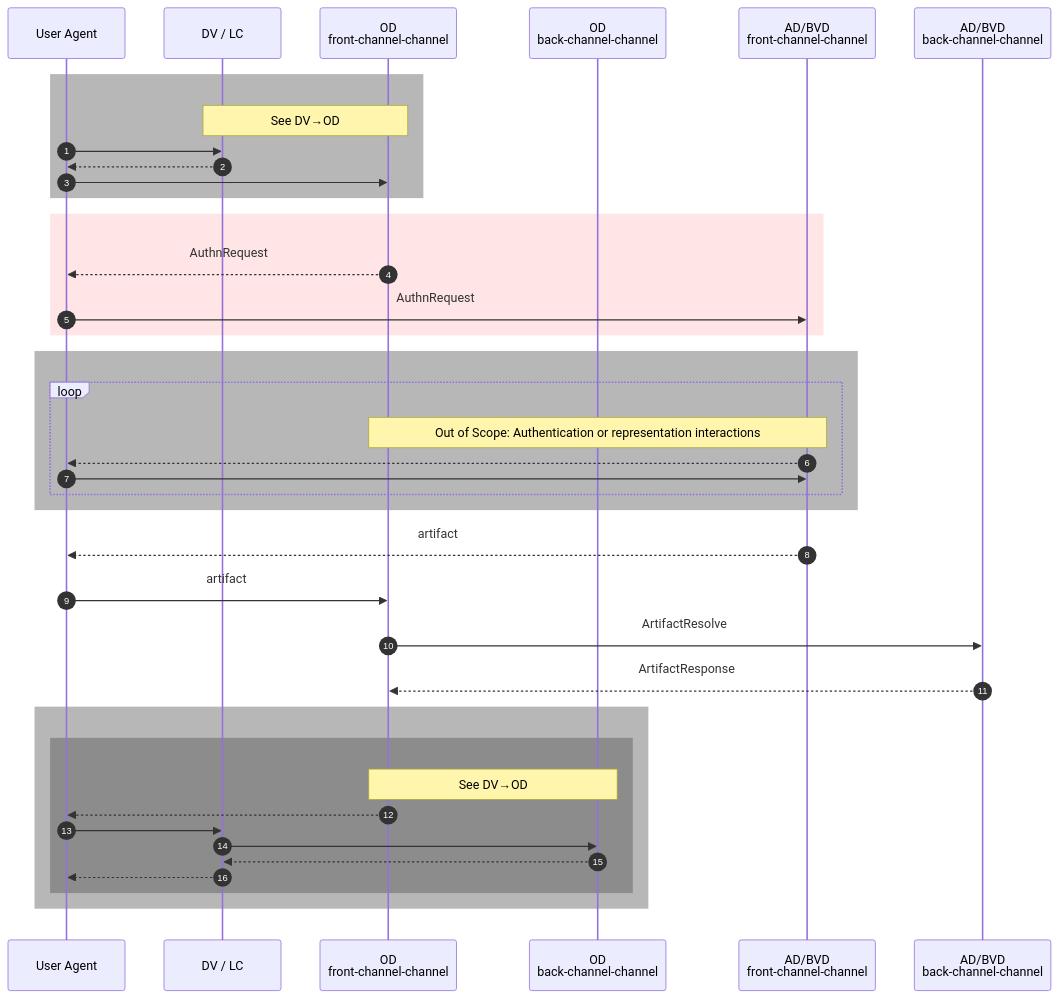
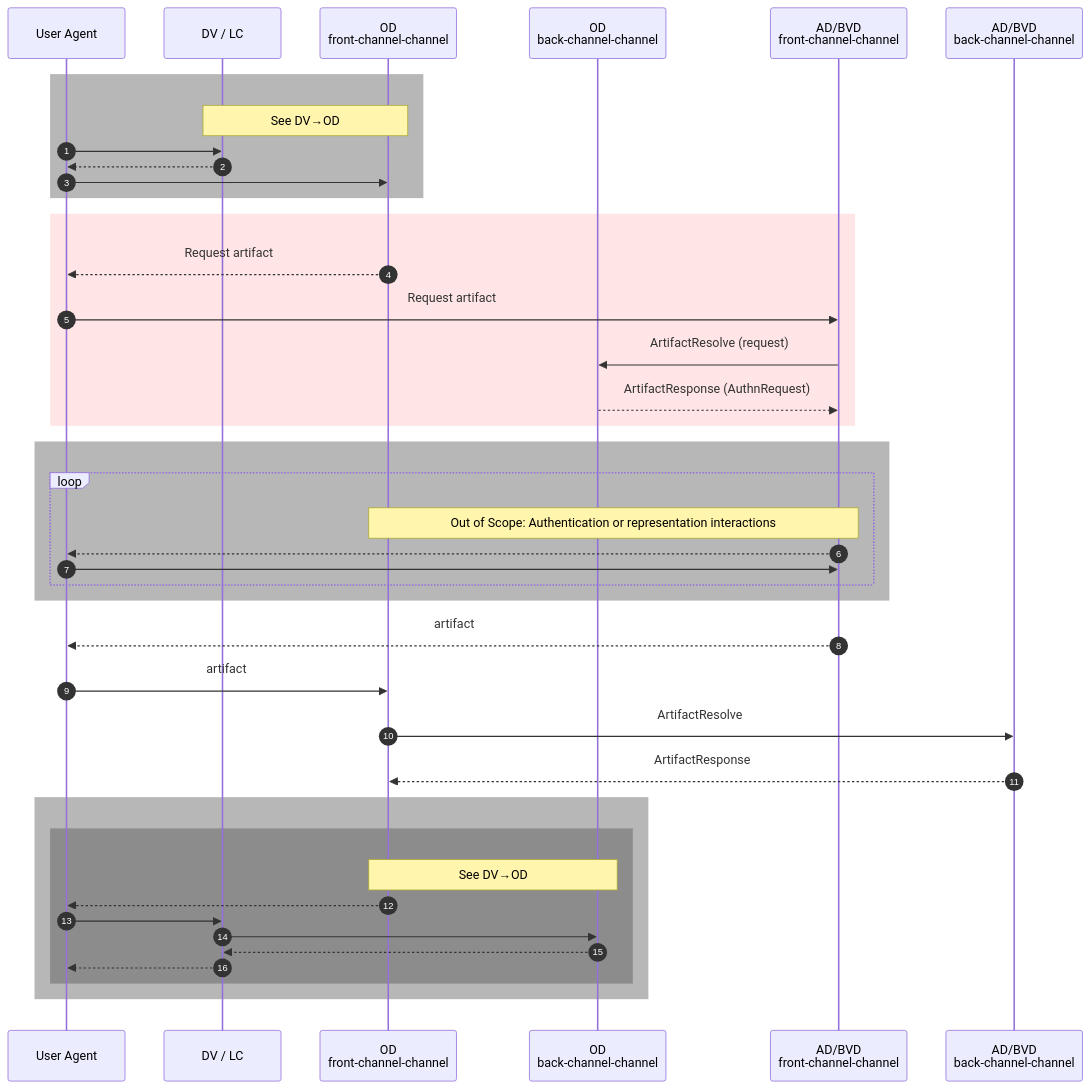
The diagram in media/saml-authentication-flow-rd-ad-bvd-authn-request.mermaid (Logius-standaarden/st-saml-spec), drawn with Mermaid before and after one commit. The commit also changed 27 other files, not shown here.

```diff
--- a/media/saml-authentication-flow-rd-ad-bvd-authn-request.mermaid
+++ b/media/saml-authentication-flow-rd-ad-bvd-authn-request.mermaid
@@ -1,43 +1,47 @@
 %%{init: {
     "themeVariables": {"fontSize": "24px"},
     "sequence": {"boxMargin": 20}
 }}%%
 sequenceDiagram
 autonumber
 participant A as User Agent
 participant B as DV / LC
 participant C as OD <br /> front-channel-channel
 participant D as OD <br /> back-channel-channel
 participant E as AD/BVD <br /> front-channel-channel
 participant F as AD/BVD <br /> back-channel-channel
 rect rgba(75, 75, 75,.4)
     Note over B,C: See DV#8594;OD
     A->>B:
     B-->>A:
     A->>C:
 end
 rect rgba(255,0,0,.1)
-    C-->>A: AuthnRequest
-    A->>E: AuthnRequest
+    C-->>A: Request artifact
+    A->>E: Request artifact
+    autonumber off
+    E->>D: ArtifactResolve (request)
+    D-->>E: ArtifactResponse (AuthnRequest)
+    autonumber 6
 end
 rect rgba(75, 75, 75,.4)
     loop
         Note over C,E: Out of Scope: Authentication or representation interactions
         E-->>A:
         A->>E:
     end
 end
 E-->>A: artifact
 A->>C: artifact
 C->>F: ArtifactResolve
 F-->>C: ArtifactResponse
 rect rgba(75, 75, 75,.4)
 rect rgba(75, 75, 75,.4)
     Note over C,D: See DV#8594;OD
         C-->>A:
         A->>B:
         B->>D:
         D-->>B:
         B-->>A:
 end
 end
```
